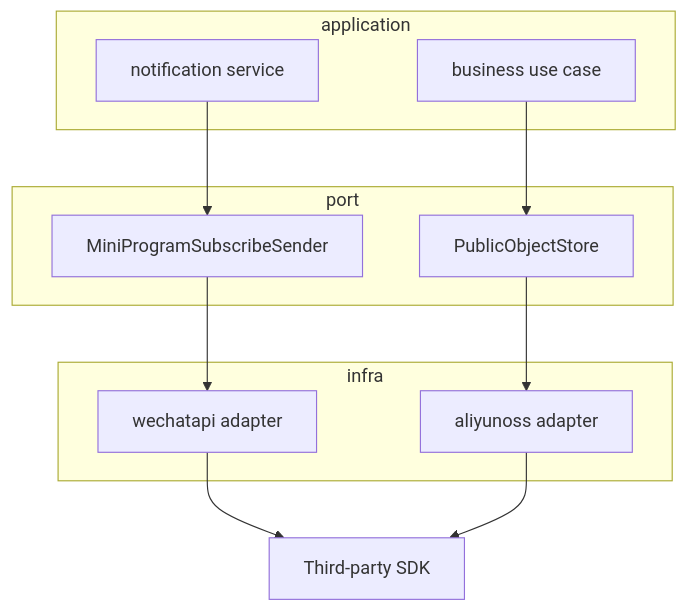
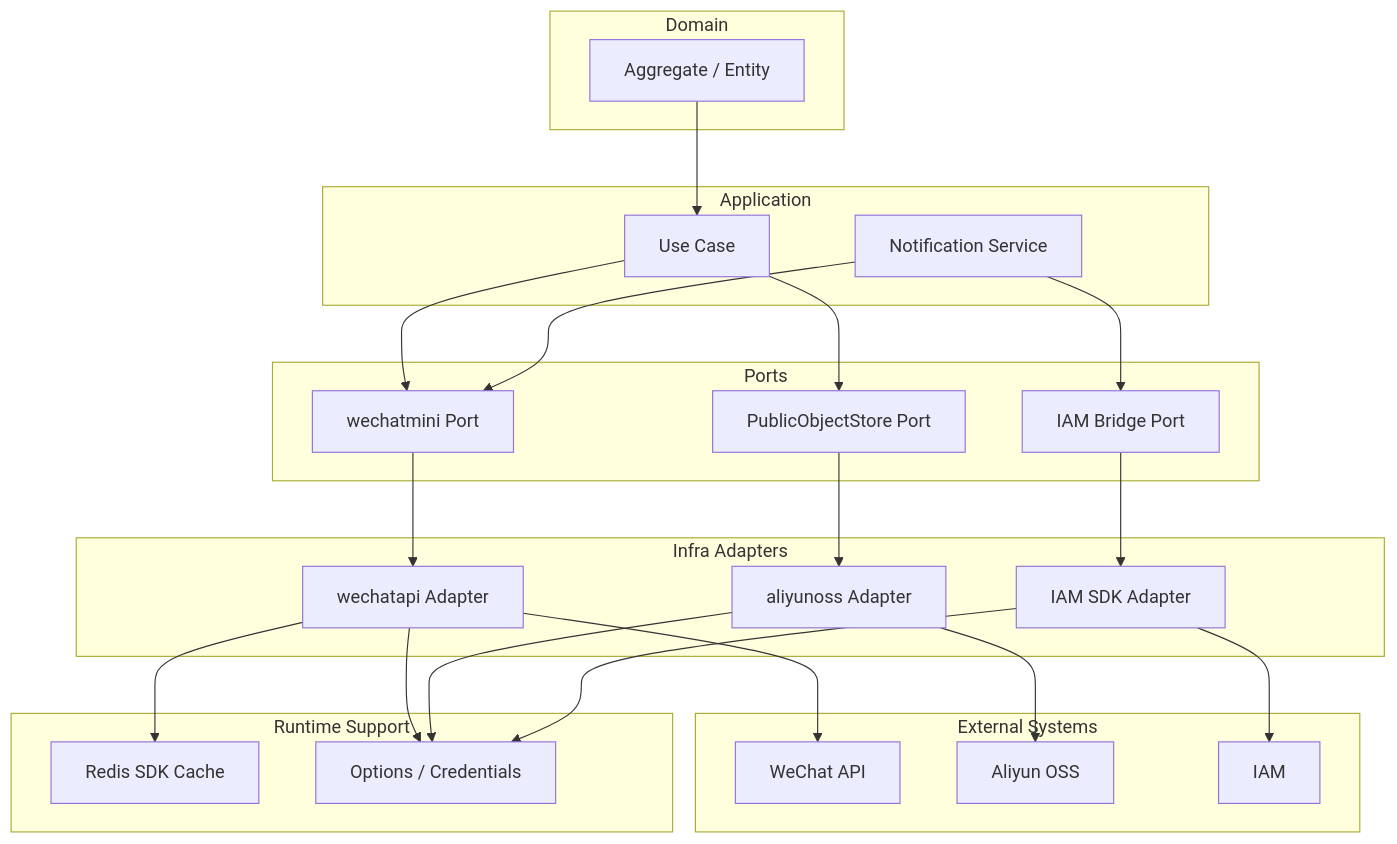
Before and after one commit to FangcunMount/qs-server: the diagram in docs/03-基础设施/integrations/00-整体架构.md, drawn with Mermaid. The commit also changed other lines of this file and 5 other files, not shown here.

````diff
--- a/docs/03-基础设施/integrations/00-整体架构.md
+++ b/docs/03-基础设施/integrations/00-整体架构.md
@@ -16,19 +54,47 @@
 ```mermaid
 flowchart TB
-    subgraph App["application"]
-        Notify["notification service"]
-        UseCase["business use case"]
+    subgraph Domain["Domain"]
+        aggregate["Aggregate / Entity"]
     end
-    subgraph Port["port"]
-        WeChatPort["MiniProgramSubscribeSender"]
-        StorePort["PublicObjectStore"]
+
+    subgraph Application["Application"]
+        usecase["Use Case"]
+        notification["Notification Service"]
     end
-    subgraph Infra["infra"]
-        WeChatAdapter["wechatapi adapter"]
-        OSSAdapter["aliyunoss adapter"]
+
+    subgraph Ports["Ports"]
+        wechatPort["wechatmini Port"]
+        objectPort["PublicObjectStore Port"]
+        iamPort["IAM Bridge Port"]
     end
-    SDK["Third-party SDK"]
 
-    Notify --> WeChatPort --> WeChatAdapter --> SDK
-    UseCase --> StorePort --> OSSAdapter --> SDK
+    subgraph Infra["Infra Adapters"]
+        wechat["wechatapi Adapter"]
+        oss["aliyunoss Adapter"]
+        iam["IAM SDK Adapter"]
+    end
+
+    subgraph External["External Systems"]
+        wx["WeChat API"]
+        ossExt["Aliyun OSS"]
+        iamExt["IAM"]
+    end
+
+    subgraph Runtime["Runtime Support"]
+        redis["Redis SDK Cache"]
+        opts["Options / Credentials"]
+    end
+
+    aggregate --> usecase
+    usecase --> wechatPort
+    usecase --> objectPort
+    notification --> wechatPort
+    notification --> iamPort
+    wechatPort --> wechat --> wx
+    objectPort --> oss --> ossExt
+    iamPort --> iam --> iamExt
+    wechat --> redis
+    wechat --> opts
+    oss --> opts
+    iam --> opts
 ```
````
